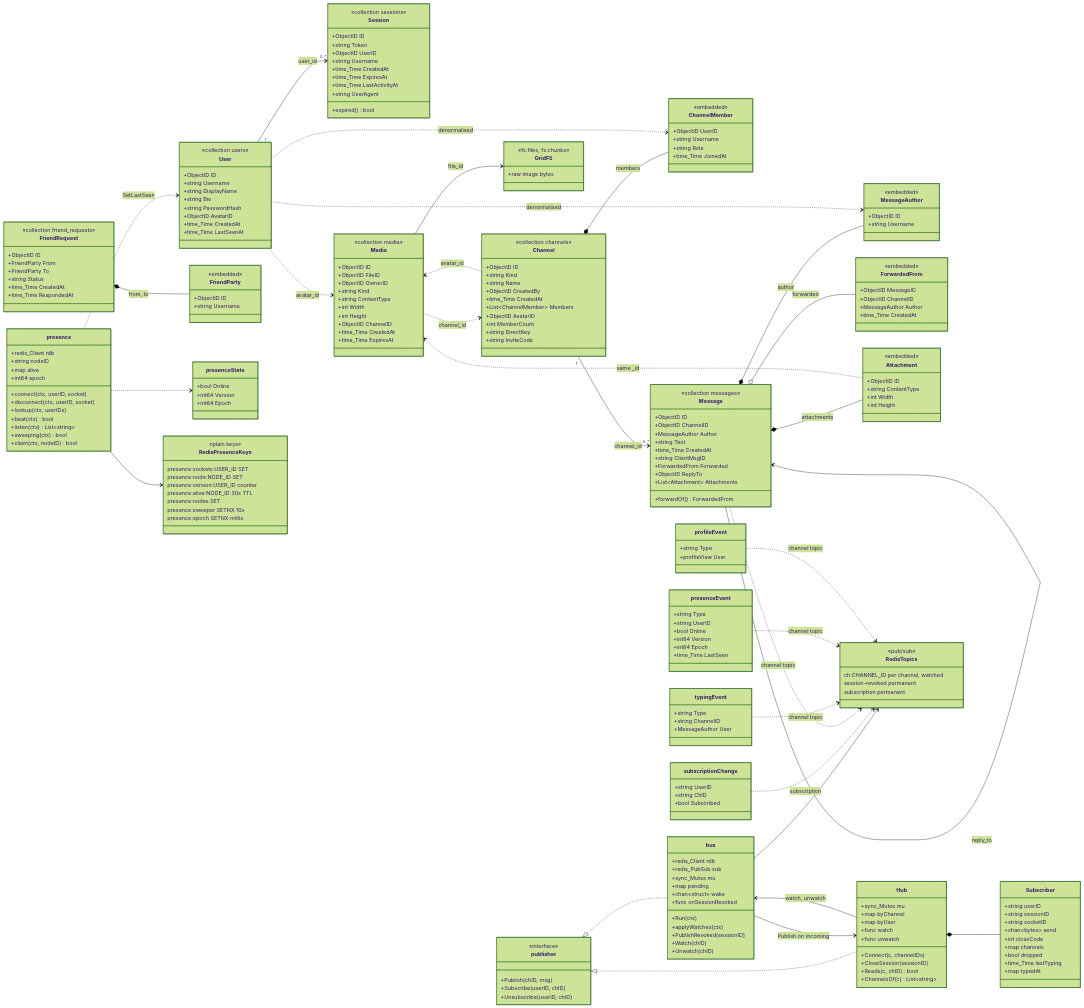
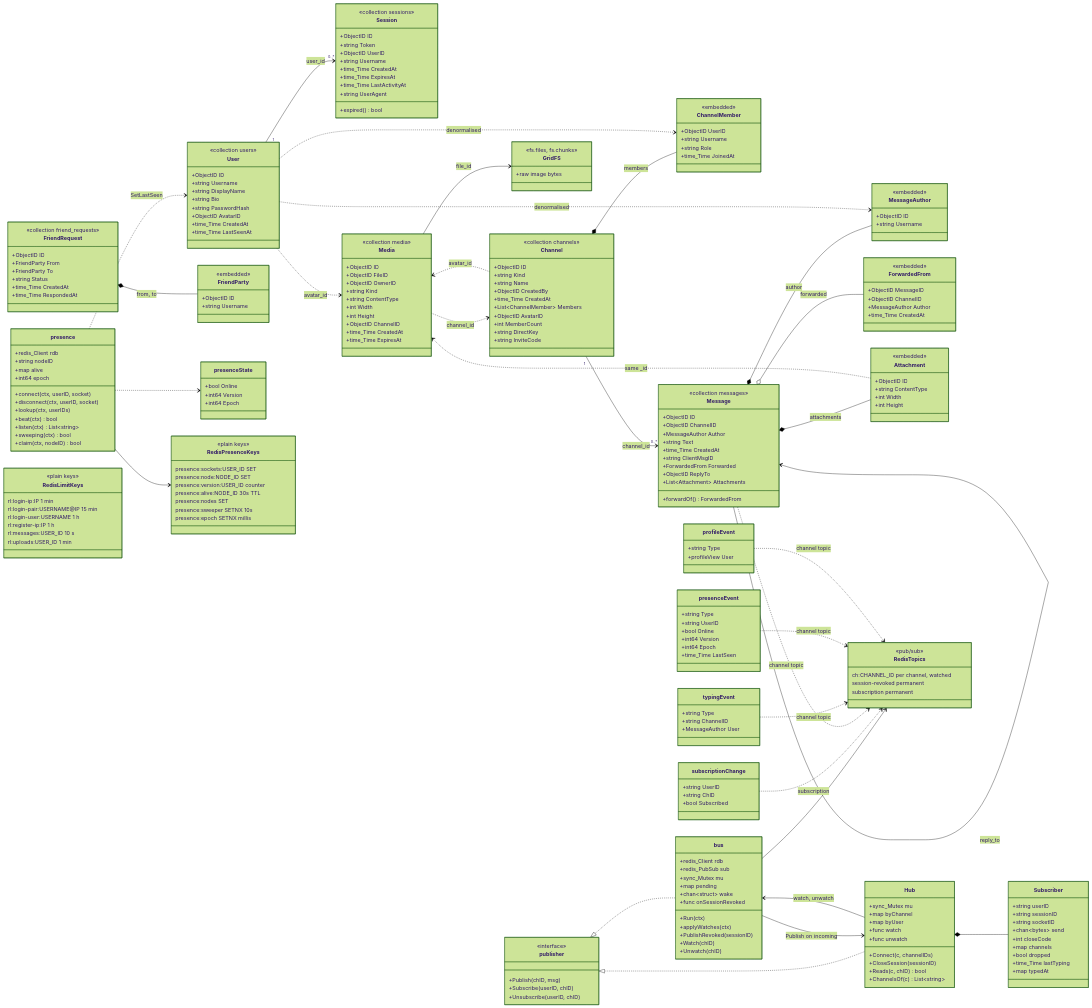
The diagram in docs/diagrams/data-model.mmd (hdmtrn/nosql-messenger), drawn with Mermaid (forest theme) before and after one commit. The commit also changed 14 other files, not shown here.

First line of the commit message:
Rate limit logins, registrations, messages and uploads (#14)

```diff
--- a/docs/diagrams/data-model.mmd
+++ b/docs/diagrams/data-model.mmd
@@ -3,7 +3,7 @@
 %% Key and index detail is in the README tables. Placeholders such as
 %% ch:CHANNEL_ID stand for ch:{channelID} — Mermaid rejects braces in a member.
 %% Sources: server/users.go, sessions.go, channels.go, messages.go, friends.go,
-%% media.go, hub.go, bus.go, presence.go, typing.go, users_http.go
+%% media.go, hub.go, bus.go, presence.go, typing.go, users_http.go, ratelimit.go
 classDiagram
   direction LR
 
@@ -224,6 +224,16 @@
     presence:epoch SETNX millis
   }
 
+  class RedisLimitKeys {
+    <<plain keys>>
+    rl:login-ip:IP 1 min
+    rl:login-pair:USERNAME@IP 15 min
+    rl:login-user:USERNAME 1 h
+    rl:register-ip:IP 1 h
+    rl:messages:USER_ID 10 s
+    rl:uploads:USER_ID 1 min
+  }
+
   class subscriptionChange {
     +string UserID
     +string ChID
```
